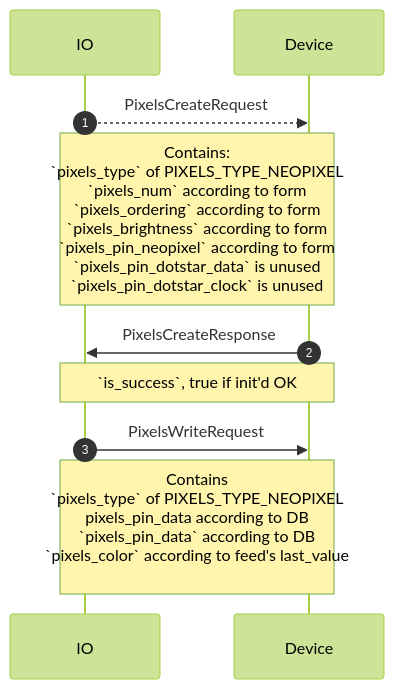
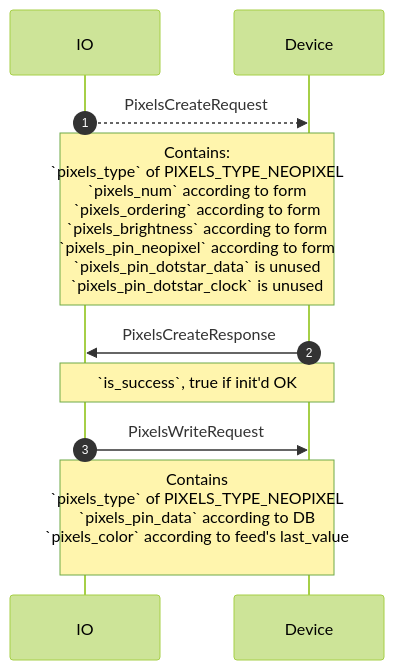
Before and after one commit to adafruit/Wippersnapper_Protobuf: the fifth of 10 diagrams in proto/wippersnapper/pixels/v1/pixels.md, drawn with Mermaid (forest theme). The commit also changed other lines of this file, not shown here.

````diff
--- a/proto/wippersnapper/pixels/v1/pixels.md
+++ b/proto/wippersnapper/pixels/v1/pixels.md
@@ -56,10 +56,10 @@
 ```mermaid
 sequenceDiagram
 autonumber
 IO-->>Device: PixelsCreateRequest
 Note over IO, Device: Contains:<br> `pixels_type` of PIXELS_TYPE_NEOPIXEL<br>`pixels_num` according to form<br>`pixels_ordering` according to form<br> `pixels_brightness` according to form <br>`pixels_pin_neopixel` according to form<br> `pixels_pin_dotstar_data` is unused<br>`pixels_pin_dotstar_clock` is unused
 Device->>IO: PixelsCreateResponse
 Note over Device,IO: `is_success`, true if init'd OK
 IO->>Device: PixelsWriteRequest
-Note over IO, Device: Contains<br> `pixels_type` of PIXELS_TYPE_NEOPIXEL<br>pixels_pin_data according to DB<br>`pixels_pin_data` according to DB<br>`pixels_color` according to feed's last_value<br>
+Note over IO, Device: Contains<br> `pixels_type` of PIXELS_TYPE_NEOPIXEL<br>`pixels_pin_data` according to DB<br>`pixels_color` according to feed's last_value<br>
 ```
````
